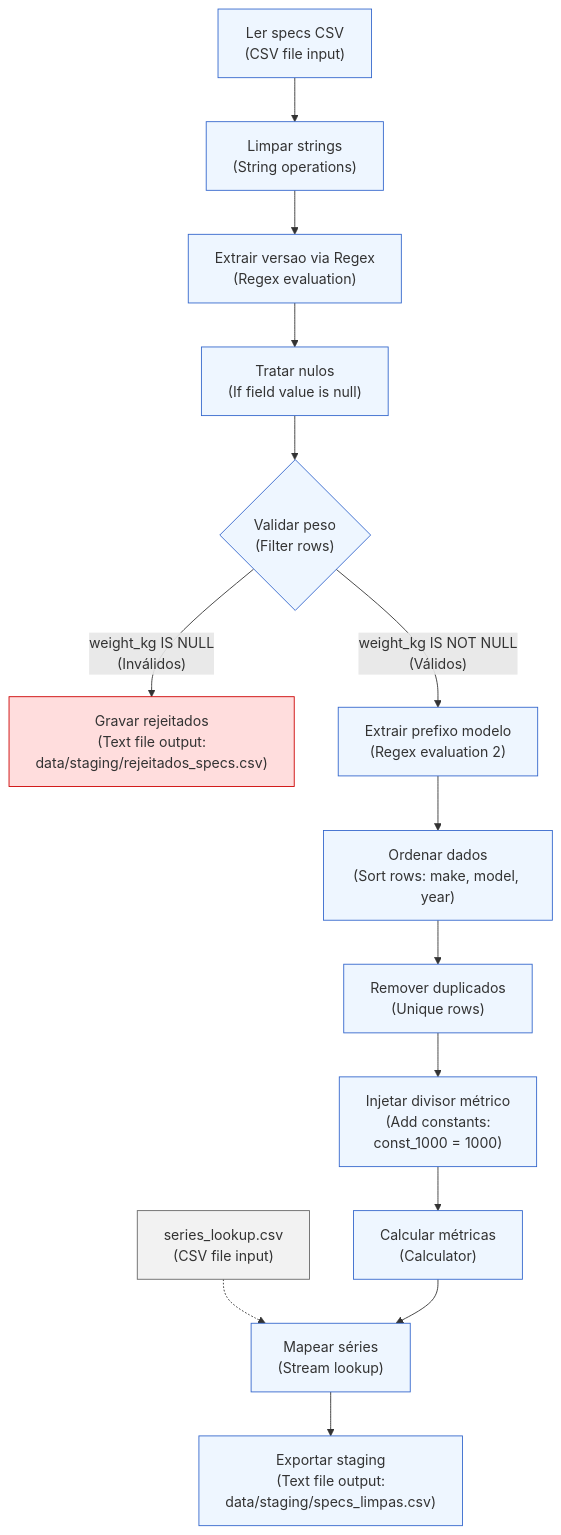
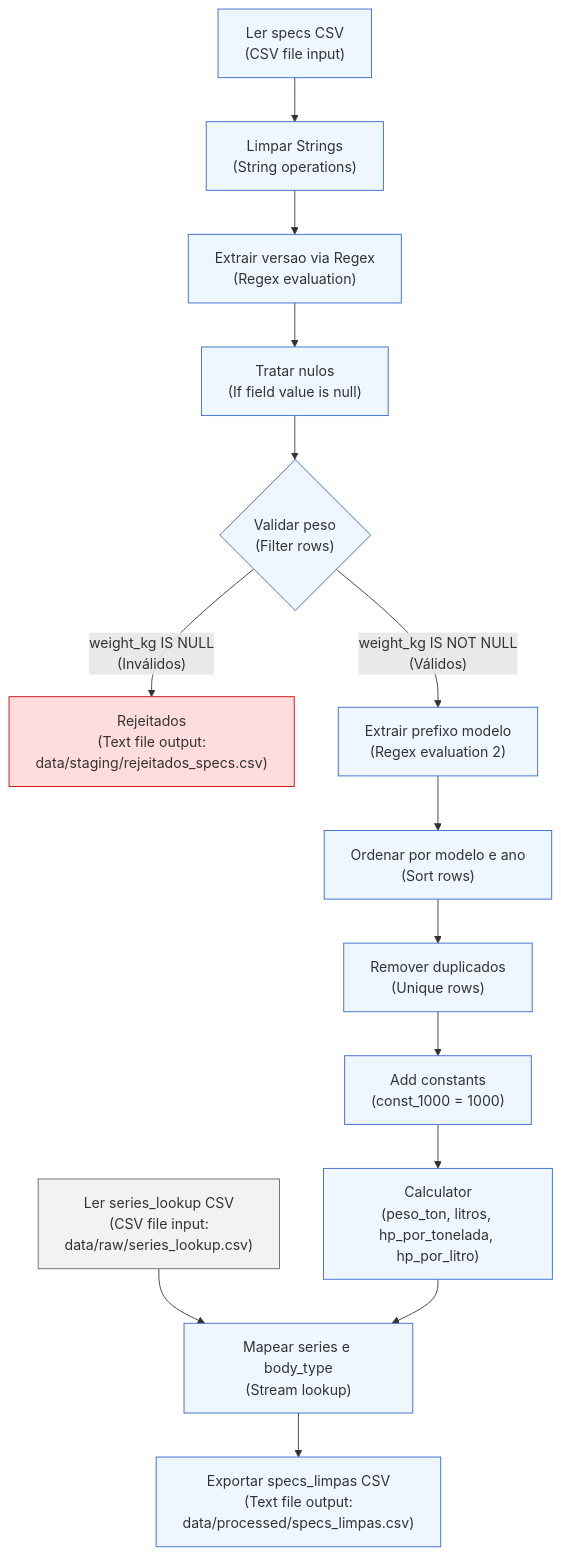
The diagram in docs/decisoes_etl.md (goncaloalo/isi-tp1-performance-fiabilidade), drawn with Mermaid before and after one commit. The commit also changed other lines of this file and 1 other file, not shown here.

Commit message:
docs: finalizar documentacao do pipeline T1 com lookup e exportacao

````diff
--- a/docs/decisoes_etl.md
+++ b/docs/decisoes_etl.md
@@ -26,29 +26,29 @@
 ```mermaid
 flowchart TD
-    A["Ler specs CSV\n(CSV file input)"] --> B["Limpar strings\n(String operations)"]
+    A["Ler specs CSV\n(CSV file input)"] --> B["Limpar Strings\n(String operations)"]
     B --> C["Extrair versao via Regex\n(Regex evaluation)"]
     C --> D["Tratar nulos\n(If field value is null)"]
     D --> E{"Validar peso\n(Filter rows)"}
     
     %% Desvio de qualidade
-    E -- "weight_kg IS NULL\n(Inválidos)" --> REJ["Gravar rejeitados\n(Text file output:\ndata/staging/rejeitados_specs.csv)"]
+    E -- "weight_kg IS NULL\n(Inválidos)" --> REJ["Rejeitados\n(Text file output:\ndata/staging/rejeitados_specs.csv)"]
     
     %% Fluxo principal
     E -- "weight_kg IS NOT NULL\n(Válidos)" --> F["Extrair prefixo modelo\n(Regex evaluation 2)"]
-    F --> G["Ordenar dados\n(Sort rows: make, model, year)"]
+    F --> G["Ordenar por modelo e ano\n(Sort rows)"]
     G --> H["Remover duplicados\n(Unique rows)"]
-    H --> CONST["Injetar divisor métrico\n(Add constants:\nconst_1000 = 1000)"]
-    CONST --> I["Calcular métricas\n(Calculator)"]
+    H --> CONST["Add constants\n(const_1000 = 1000)"]
+    CONST --> I["Calculator\n(peso_ton, litros, hp_por_tonelada, hp_por_litro)"]
     
-    LOOKUP["series_lookup.csv\n(CSV file input)"] -.-> J["Mapear séries\n(Stream lookup)"]
+    LOOKUP["Ler series_lookup CSV\n(CSV file input:\ndata/raw/series_lookup.csv)"] --> J["Mapear series e body_type\n(Stream lookup)"]
     I --> J
     
-    J --> K["Exportar staging\n(Text file output:\ndata/staging/specs_limpas.csv)"]
+    J --> K["Exportar specs_limpas CSV\n(Text file output:\ndata/processed/specs_limpas.csv)"]
 
     classDef reject fill:#ffdddd,stroke:#cc0000,stroke-width:1px;
     classDef step fill:#eef6ff,stroke:#3366cc,stroke-width:1px;
     classDef source fill:#f2f2f2,stroke:#666666,stroke-width:1px;
     class REJ reject;
     class A,B,C,D,E,F,G,H,CONST,I,J,K step;
     class LOOKUP source;
 ```
````
